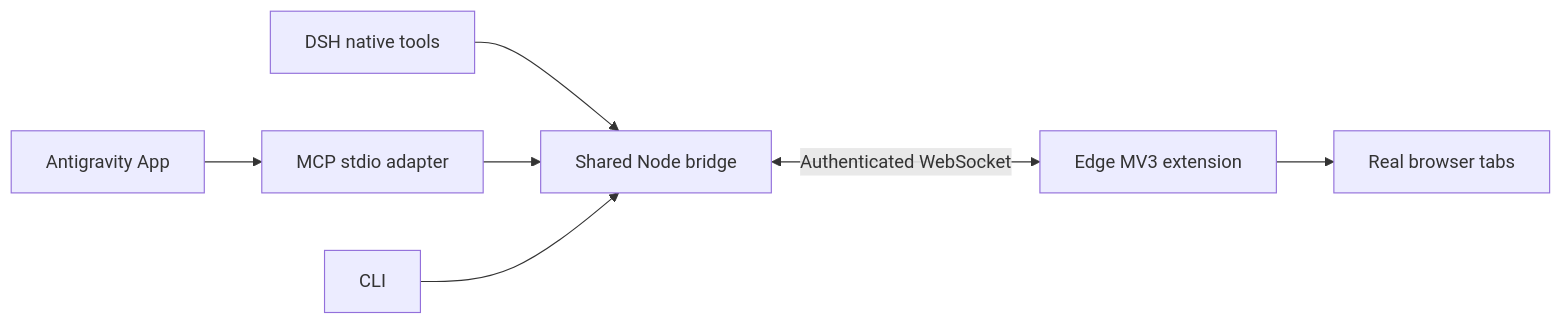
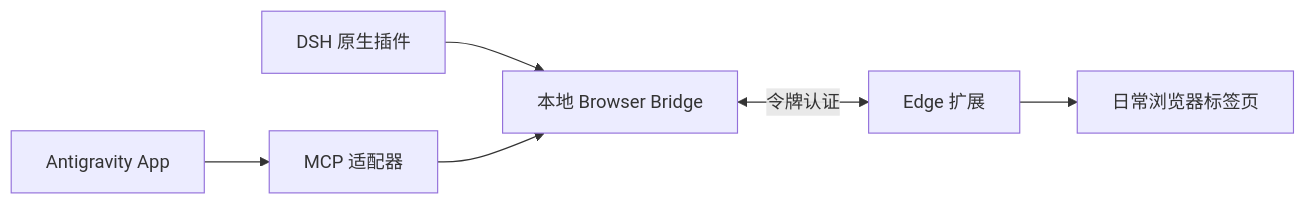
Before and after one commit to AshenJyy/antigravity-browser-bridge: the diagram in README.md, drawn with Mermaid. The commit also changed other lines of this file and 10 other files, not shown here.

````diff
--- a/README.md
+++ b/README.md
@@ -33,9 +53,8 @@
 ```mermaid
 flowchart LR
-  D[DSH native tools] --> B[Shared Node bridge]
-  A[Antigravity App] --> M[MCP stdio adapter]
+  D[DSH 原生插件] --> B[本地 Browser Bridge]
+  A[Antigravity App] --> M[MCP 适配器]
   M --> B
-  C[CLI] --> B
-  B <-->|Authenticated WebSocket| E[Edge MV3 extension]
-  E --> T[Real browser tabs]
+  B <-->|令牌认证| E[Edge 扩展]
+  E --> T[日常浏览器标签页]
 ```
````
